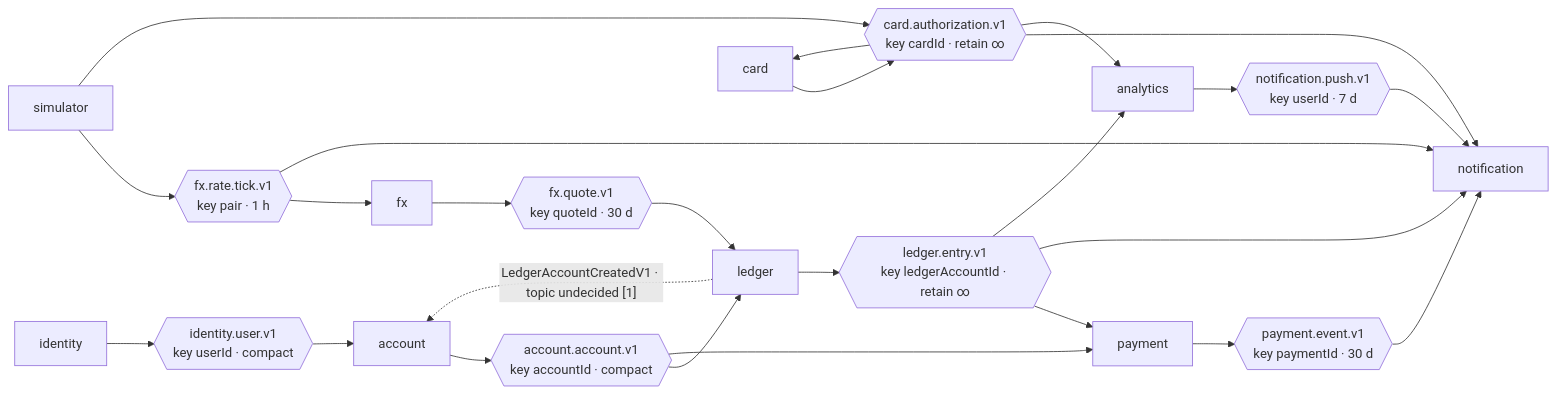
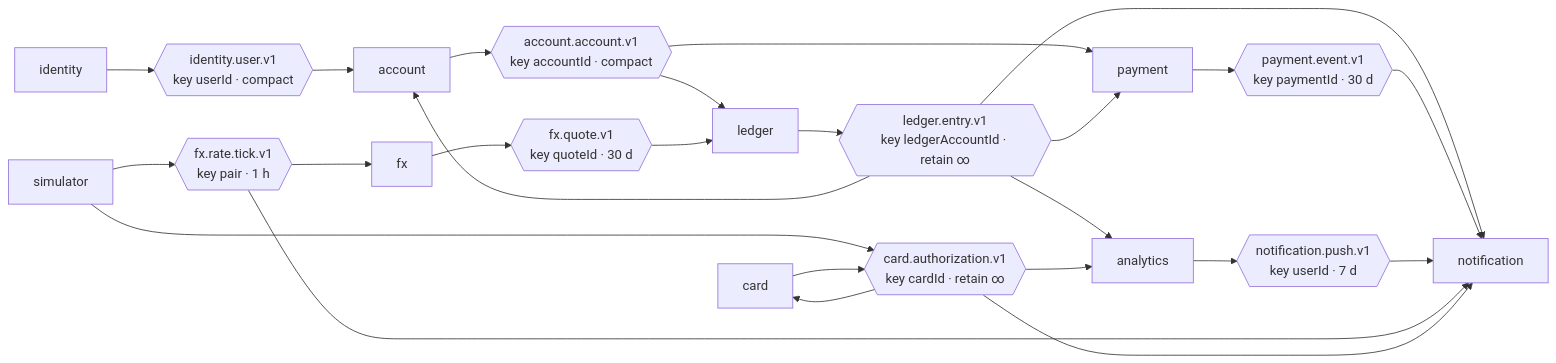
Before and after one commit to georgivelikov/revo-clone: the second of 6 diagrams in docs/architecture.md, drawn with Mermaid. The commit also changed other lines of this file, not shown here.

````diff
--- a/docs/architecture.md
+++ b/docs/architecture.md
@@ -138,49 +143,49 @@
 ```mermaid
 flowchart LR
     IDENT["identity"]
     ACCT["account"]
     LEDG["ledger"]
     PAY["payment"]
     FX["fx"]
     CARD["card"]
     ANL["analytics"]
     NOTIF["notification"]
     SIM["simulator"]
 
     T1{{"identity.user.v1<br/>key userId · compact"}}
     T2{{"account.account.v1<br/>key accountId · compact"}}
     T3{{"ledger.entry.v1<br/>key ledgerAccountId · retain ∞"}}
     T4{{"payment.event.v1<br/>key paymentId · 30 d"}}
     T5{{"notification.push.v1<br/>key userId · 7 d"}}
     T6{{"fx.rate.tick.v1<br/>key pair · 1 h"}}
     T7{{"fx.quote.v1<br/>key quoteId · 30 d"}}
     T8{{"card.authorization.v1<br/>key cardId · retain ∞"}}
 
     IDENT --> T1 --> ACCT
     ACCT --> T2
     T2 --> LEDG
     T2 --> PAY
 
     LEDG --> T3
     T3 --> PAY
     T3 --> NOTIF
     T3 --> ANL
 
     PAY --> T4 --> NOTIF
 
     ANL --> T5 --> NOTIF
 
     SIM --> T6
     T6 --> FX
     T6 --> NOTIF
 
     FX --> T7 --> LEDG
 
     SIM --> T8
     CARD --> T8
     T8 --> CARD
     T8 --> NOTIF
     T8 --> ANL
 
-    LEDG -. "LedgerAccountCreatedV1 · topic undecided [1]" .-> ACCT
+    T3 --> ACCT
 ```
````
